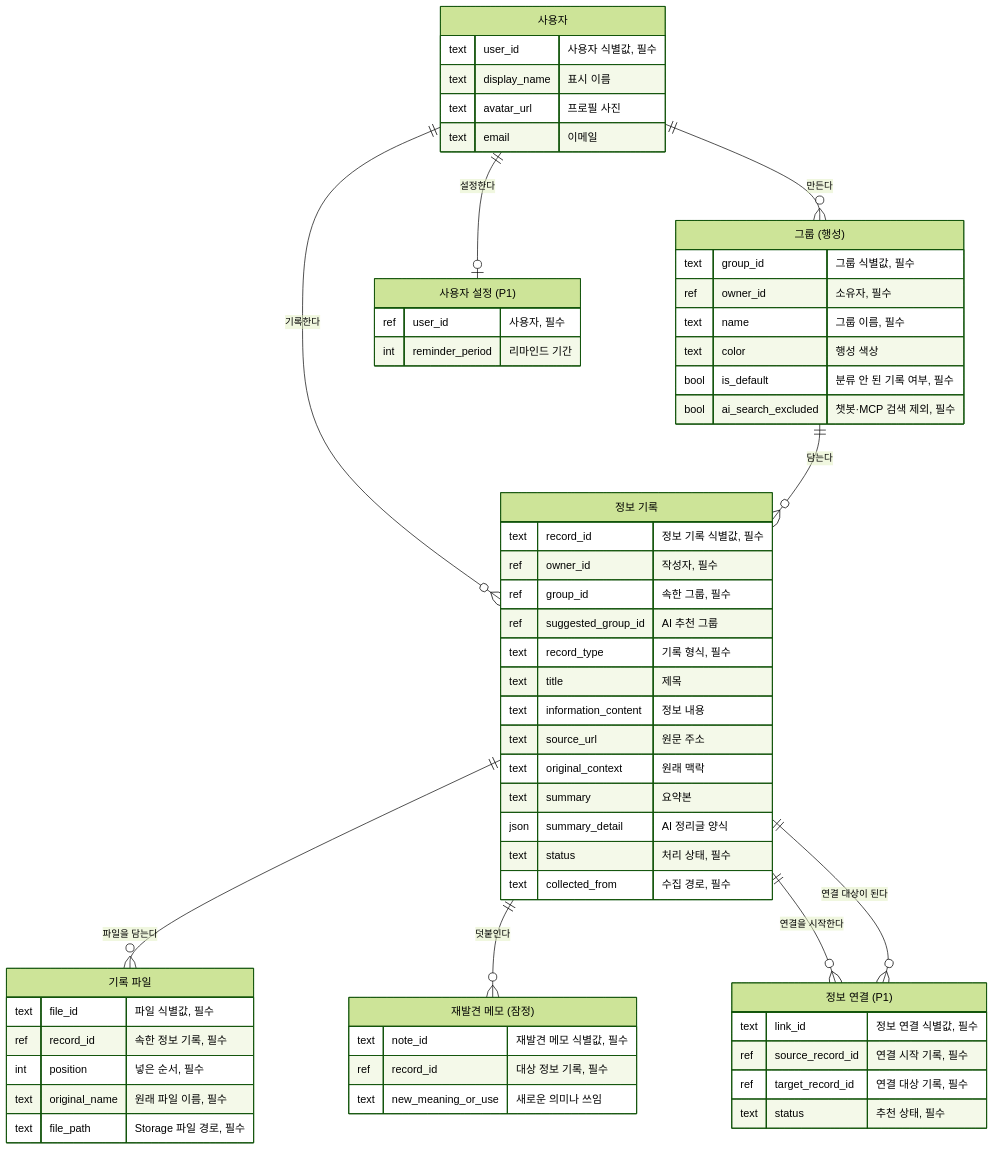
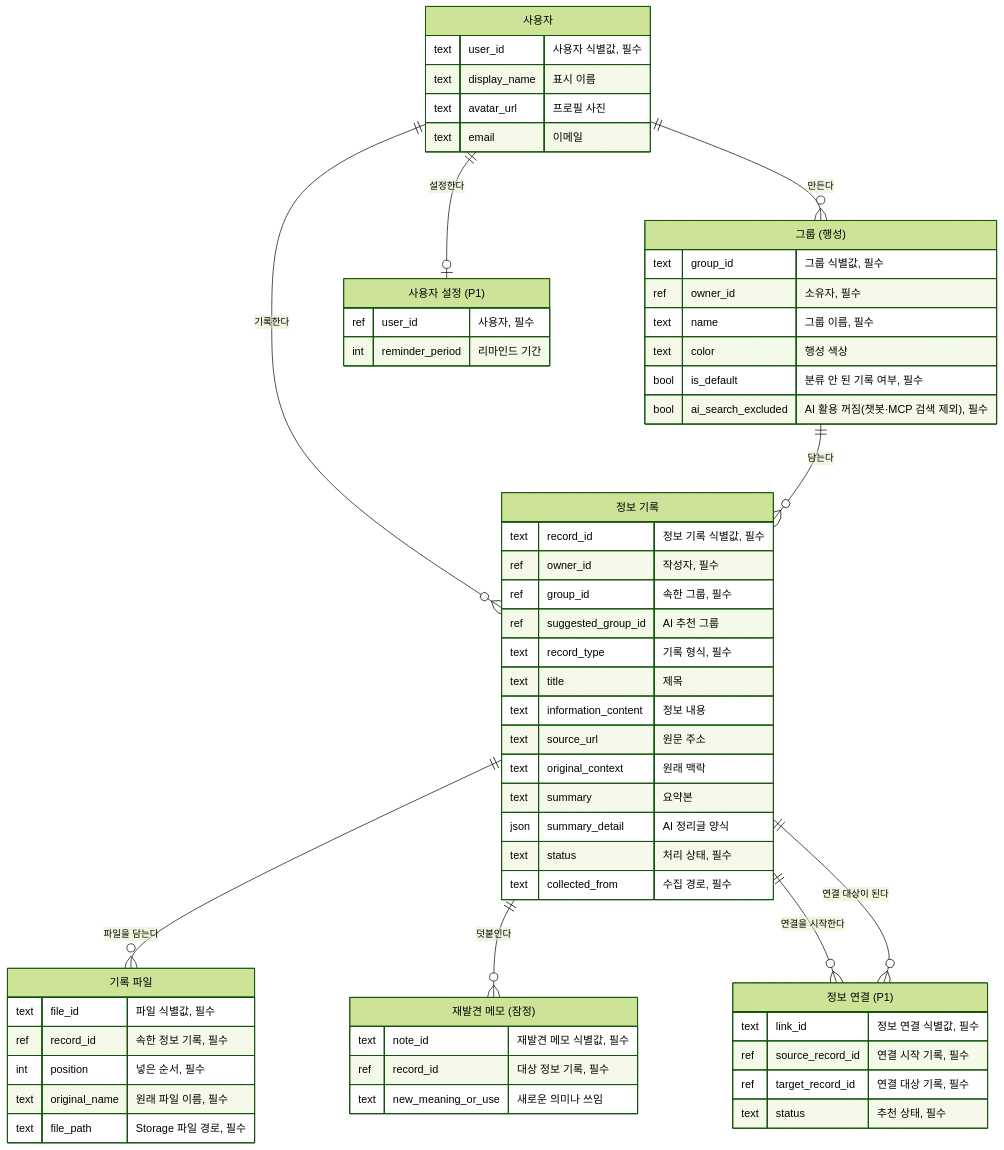
The diagram in docs/database.md (elvinleeys/space-log), drawn with Mermaid (forest theme) before and after one commit. The commit also changed other lines of this file and 28 other files, not shown here.

````diff
--- a/docs/database.md
+++ b/docs/database.md
@@ -9,62 +9,62 @@
 ```mermaid
 erDiagram
   app_user["사용자"] {
     text user_id "사용자 식별값, 필수"
     text display_name "표시 이름"
     text avatar_url "프로필 사진"
     text email "이메일"
   }
   record_group["그룹 (행성)"] {
     text group_id "그룹 식별값, 필수"
     ref owner_id "소유자, 필수"
     text name "그룹 이름, 필수"
     text color "행성 색상"
     bool is_default "분류 안 된 기록 여부, 필수"
-    bool ai_search_excluded "챗봇·MCP 검색 제외, 필수"
+    bool ai_search_excluded "AI 활용 꺼짐(챗봇·MCP 검색 제외), 필수"
   }
   information_record["정보 기록"] {
     text record_id "정보 기록 식별값, 필수"
     ref owner_id "작성자, 필수"
     ref group_id "속한 그룹, 필수"
     ref suggested_group_id "AI 추천 그룹"
     text record_type "기록 형식, 필수"
     text title "제목"
     text information_content "정보 내용"
     text source_url "원문 주소"
     text original_context "원래 맥락"
     text summary "요약본"
     json summary_detail "AI 정리글 양식"
     text status "처리 상태, 필수"
     text collected_from "수집 경로, 필수"
   }
   record_file["기록 파일"] {
     text file_id "파일 식별값, 필수"
     ref record_id "속한 정보 기록, 필수"
     int position "넣은 순서, 필수"
     text original_name "원래 파일 이름, 필수"
     text file_path "Storage 파일 경로, 필수"
   }
   rediscovery_note["재발견 메모 (잠정)"] {
     text note_id "재발견 메모 식별값, 필수"
     ref record_id "대상 정보 기록, 필수"
     text new_meaning_or_use "새로운 의미나 쓰임"
   }
   information_link["정보 연결 (P1)"] {
     text link_id "정보 연결 식별값, 필수"
     ref source_record_id "연결 시작 기록, 필수"
     ref target_record_id "연결 대상 기록, 필수"
     text status "추천 상태, 필수"
   }
   user_settings["사용자 설정 (P1)"] {
     ref user_id "사용자, 필수"
     int reminder_period "리마인드 기간"
   }
   app_user ||--o{ record_group : "만든다"
   app_user ||--o{ information_record : "기록한다"
   record_group ||--o{ information_record : "담는다"
   information_record ||--o{ record_file : "파일을 담는다"
   information_record ||--o{ rediscovery_note : "덧붙인다"
   information_record ||--o{ information_link : "연결을 시작한다"
   information_record ||--o{ information_link : "연결 대상이 된다"
   app_user ||--o| user_settings : "설정한다"
 ```
````
